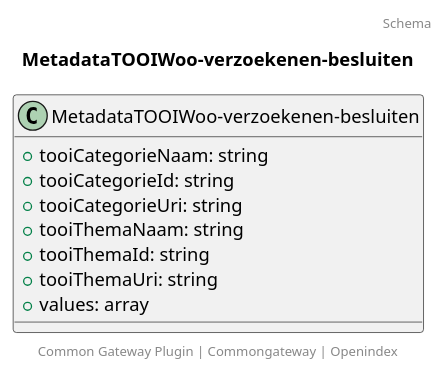
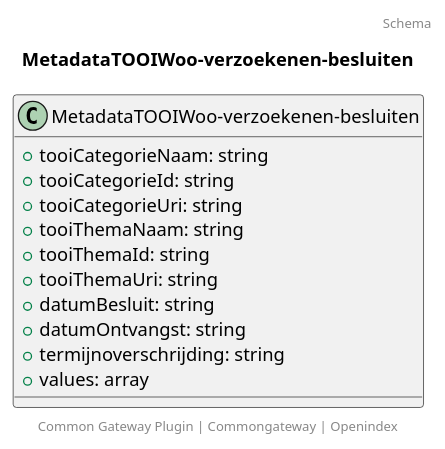
Before and after one commit to CommonGateway/OpenIndex: the diagram in docs/schema/metadata.tooi_verzoeken_en_besluiten.puml, drawn with PlantUML. The commit also changed 6 other files, not shown here.

```diff
--- a/docs/schema/metadata.tooi_verzoeken_en_besluiten.puml
+++ b/docs/schema/metadata.tooi_verzoeken_en_besluiten.puml
@@ -1,15 +1,18 @@
 @startuml
 title: MetadataTOOIWoo-verzoekenen-besluiten
 footer: Common Gateway Plugin | Commongateway | Openindex 
 header: Schema
 
 class MetadataTOOIWoo-verzoekenen-besluiten {
   + tooiCategorieNaam: string
   + tooiCategorieId: string
   + tooiCategorieUri: string
   + tooiThemaNaam: string
   + tooiThemaId: string
   + tooiThemaUri: string
+  + datumBesluit: string
+  + datumOntvangst: string
+  + termijnoverschrijding: string
   + values: array
 }
 @enduml
```
